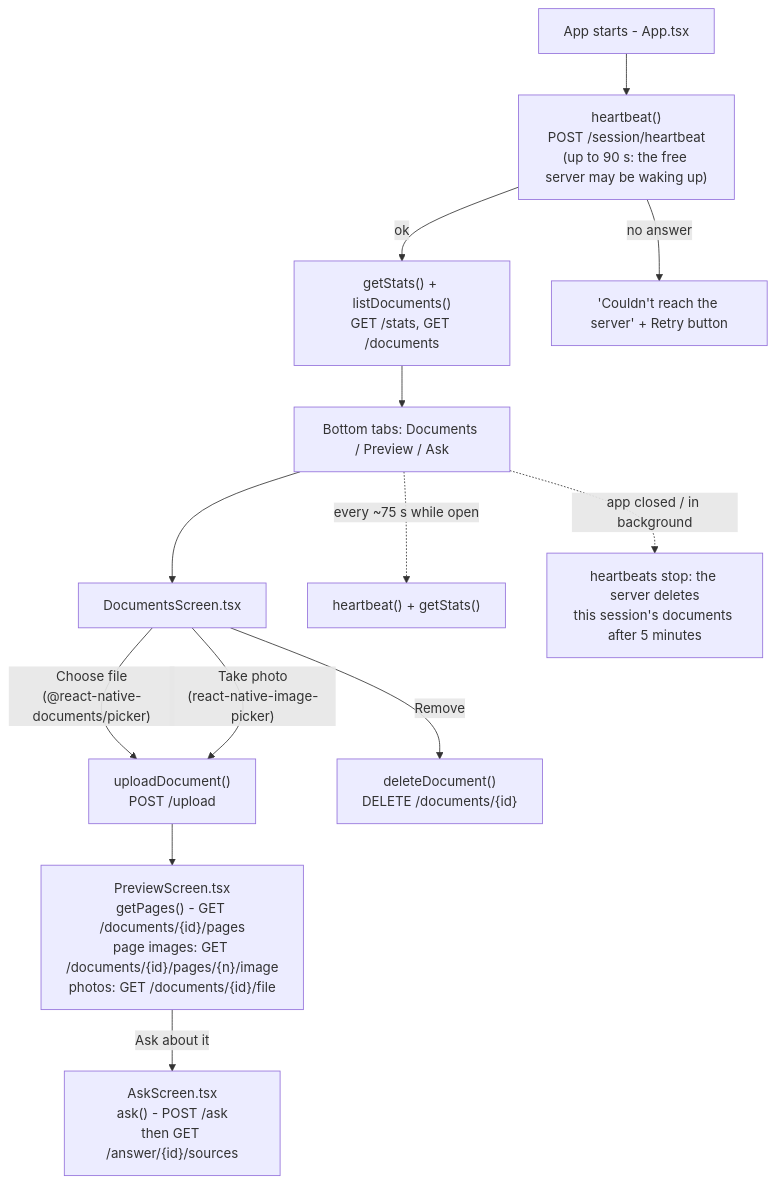
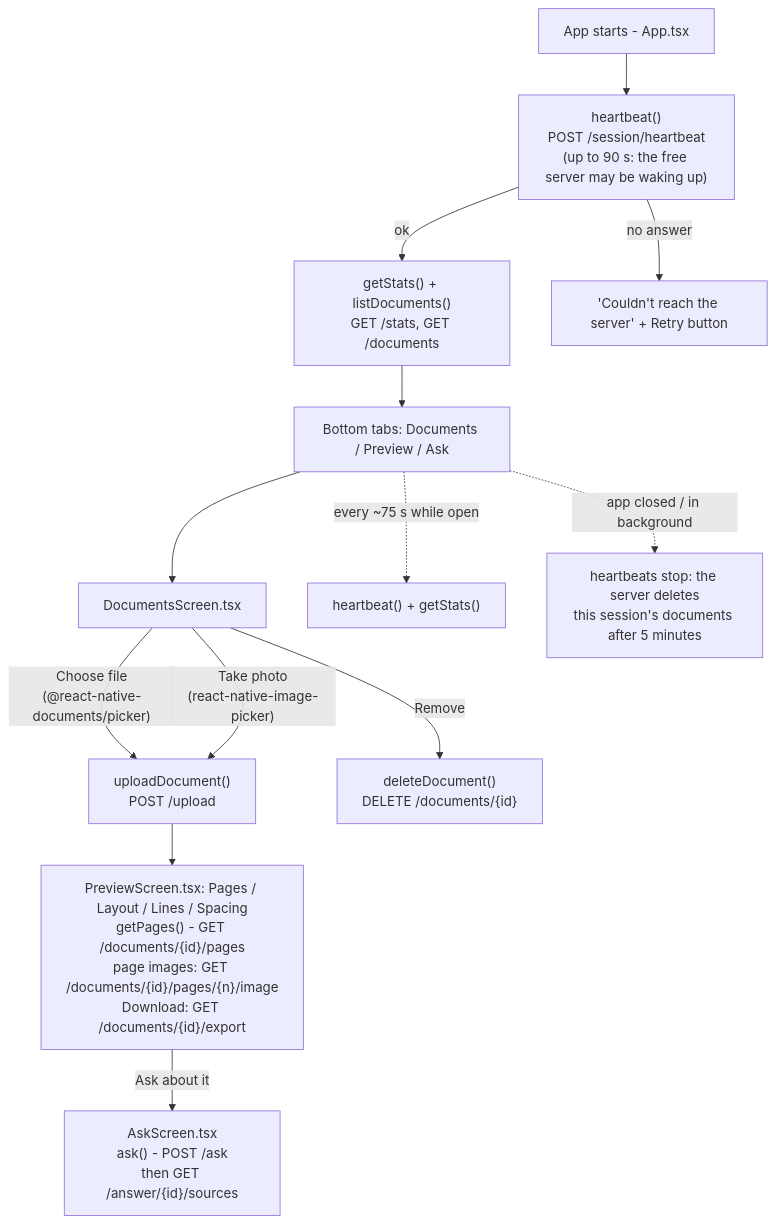
Before and after one commit to om-upadhye/DocBlendAI: the diagram in mobile/README.md, drawn with Mermaid. The commit also changed other lines of this file and 19 other files, not shown here.

First line of the commit message:
Layout analysis: regions, tables, reading order, and spacing for scans and handwriting

````diff
--- a/mobile/README.md
+++ b/mobile/README.md
@@ -24,17 +24,17 @@
 ```mermaid
 flowchart TD
     Start["App starts - App.tsx"] --> HB["heartbeat()<br/>POST /session/heartbeat<br/>(up to 90 s: the free server may be waking up)"]
     HB -- ok --> Load["getStats() + listDocuments()<br/>GET /stats, GET /documents"]
     HB -- "no answer" --> Retry["'Couldn't reach the server' + Retry button"]
     Load --> Tabs["Bottom tabs: Documents / Preview / Ask"]
 
     Tabs --> D["DocumentsScreen.tsx"]
     D -- "Choose file<br/>(@react-native-documents/picker)" --> U["uploadDocument()<br/>POST /upload"]
     D -- "Take photo<br/>(react-native-image-picker)" --> U
-    U --> P["PreviewScreen.tsx<br/>getPages() - GET /documents/{id}/pages<br/>page images: GET /documents/{id}/pages/{n}/image<br/>photos: GET /documents/{id}/file"]
+    U --> P["PreviewScreen.tsx: Pages / Layout / Lines / Spacing<br/>getPages() - GET /documents/{id}/pages<br/>page images: GET /documents/{id}/pages/{n}/image<br/>Download: GET /documents/{id}/export"]
     P -- "Ask about it" --> A["AskScreen.tsx<br/>ask() - POST /ask<br/>then GET /answer/{id}/sources"]
     D -- Remove --> Del["deleteDocument()<br/>DELETE /documents/{id}"]
 
     Tabs -. "every ~75 s while open" .-> Beat["heartbeat() + getStats()"]
     Tabs -. "app closed / in background" .-> Gone["heartbeats stop: the server deletes<br/>this session's documents after 5 minutes"]
 ```
````
